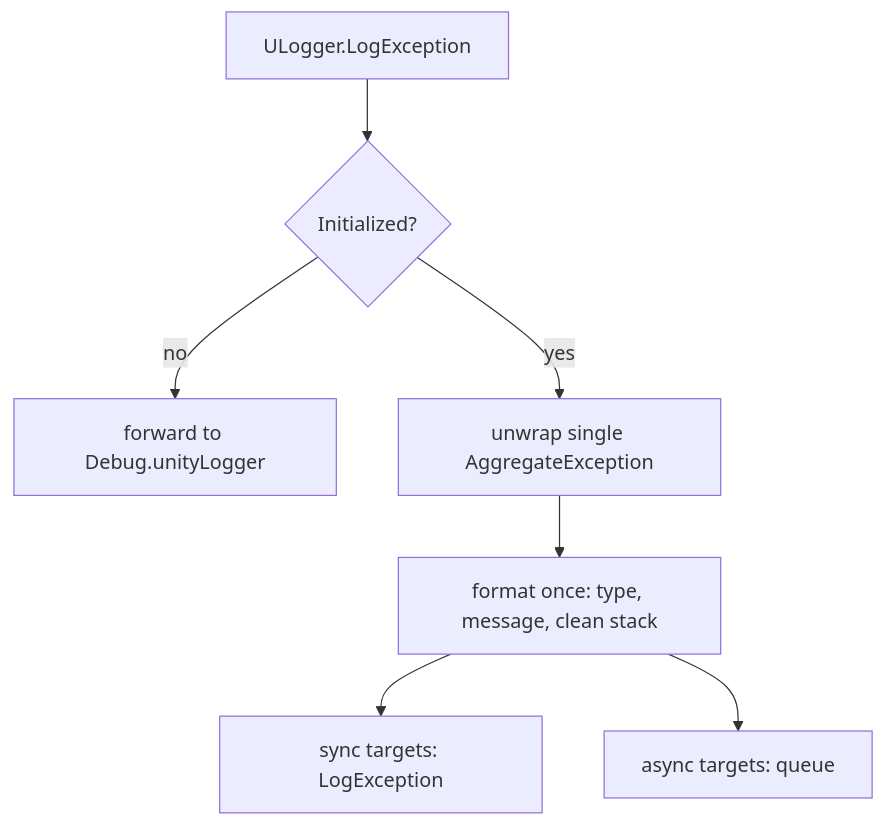
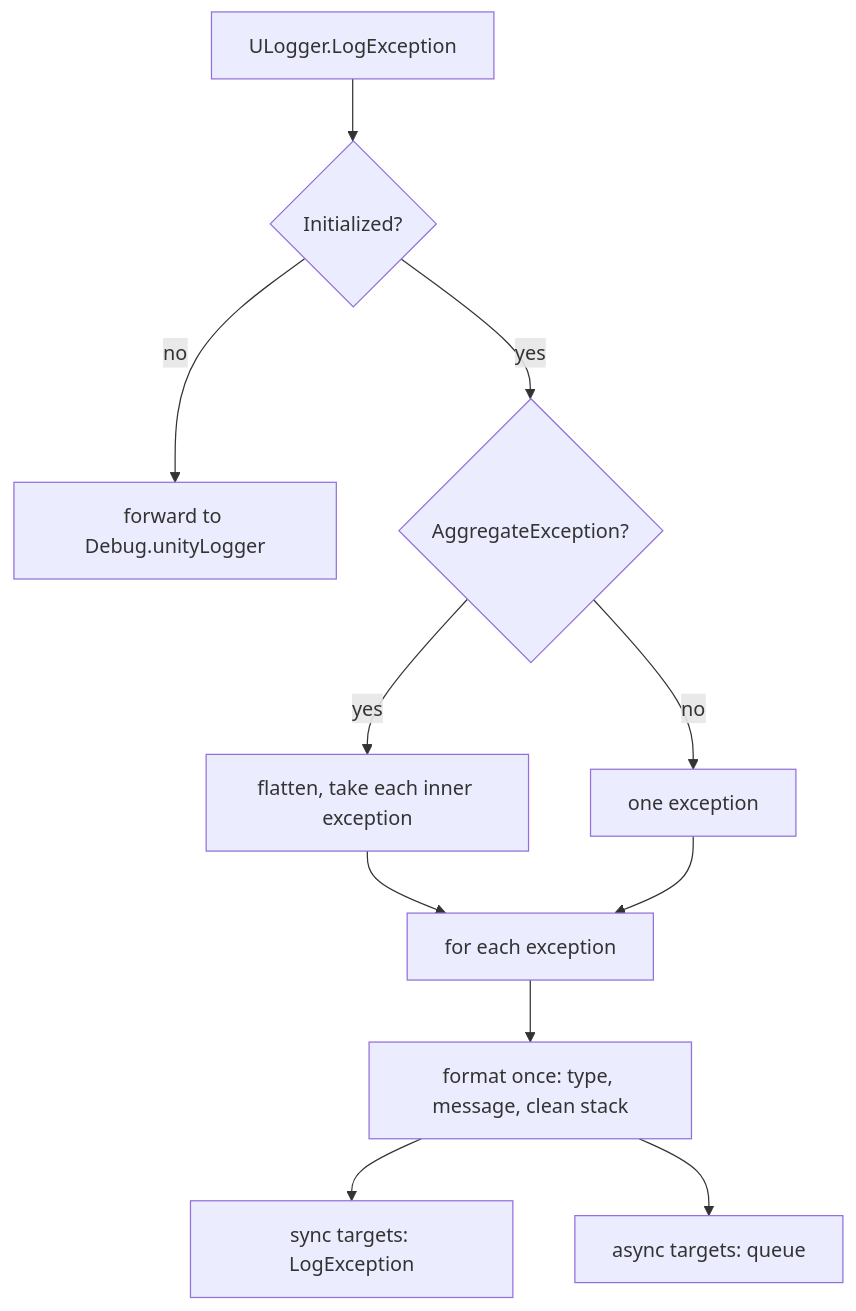
One commit to Appegy/UniLogger changed the third of 7 diagrams in docs/logging-pipeline.md. Above: the diagram before and after it, drawn with Mermaid. The commit also changed other lines of this file, not shown here.

Commit message:
docs: describe per-inner AggregateException logging

````diff
--- a/docs/logging-pipeline.md
+++ b/docs/logging-pipeline.md
@@ -101,9 +103,13 @@
 ```mermaid
 flowchart TD
     IN["ULogger.LogException"] --> NULLCHK{"Initialized?"}
     NULLCHK -->|"no"| FB["forward to Debug.unityLogger"]
-    NULLCHK -->|"yes"| UNWRAP["unwrap single AggregateException"]
-    UNWRAP --> FORMAT["format once: type, message, clean stack"]
+    NULLCHK -->|"yes"| AGG{"AggregateException?"}
+    AGG -->|"yes"| SPLIT["flatten, take each inner exception"]
+    AGG -->|"no"| ONE["one exception"]
+    SPLIT --> EACH["for each exception"]
+    ONE --> EACH
+    EACH --> FORMAT["format once: type, message, clean stack"]
     FORMAT --> SYNC["sync targets: LogException"]
     FORMAT --> ASYNC["async targets: queue"]
 ```
````
